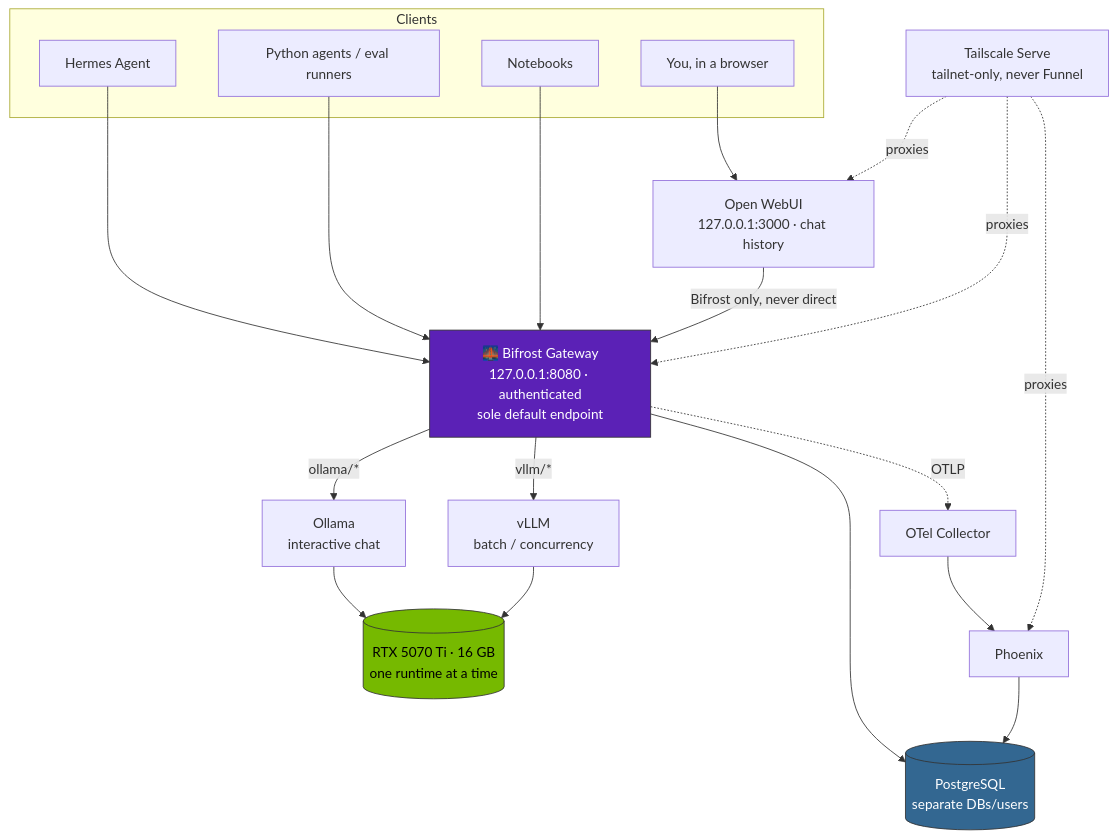
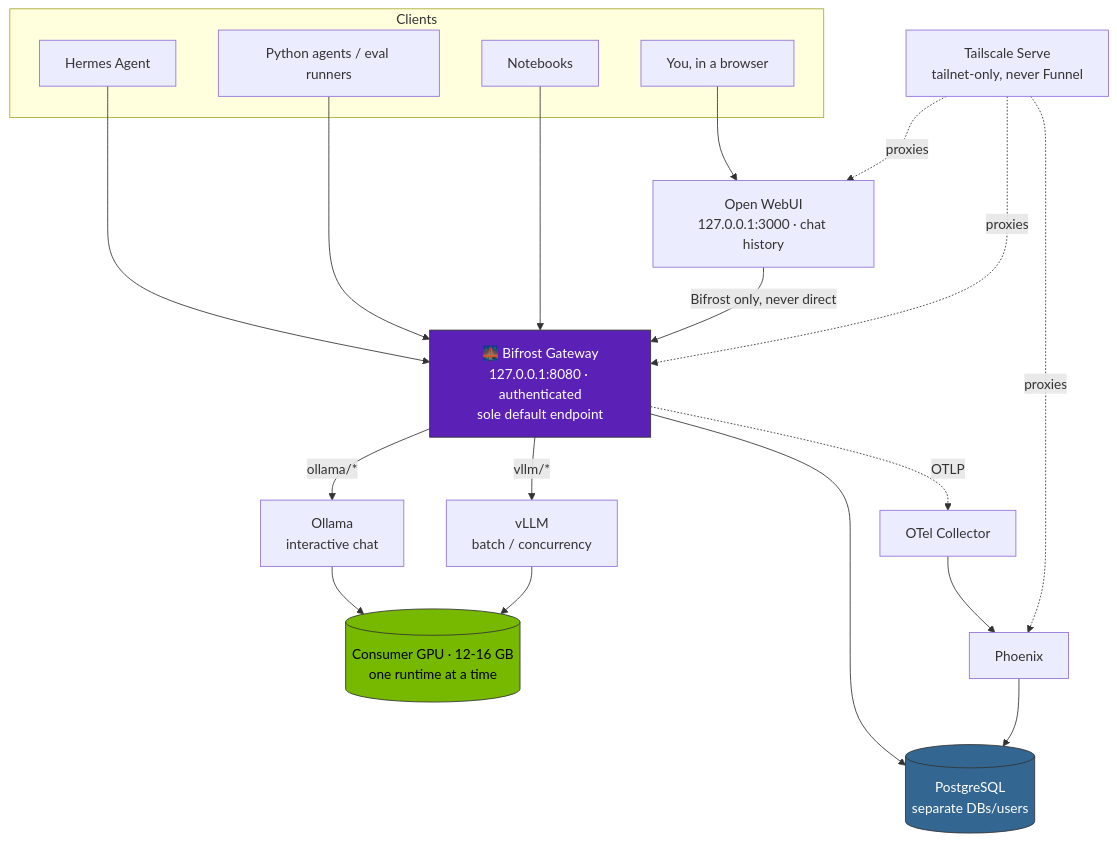
The diagram in README.md (shirkattack/ServeShed), drawn with Mermaid before and after one commit. The commit also changed other lines of this file, not shown here.

````diff
--- a/README.md
+++ b/README.md
@@ -79,38 +86,38 @@
 ```mermaid
 flowchart TB
     subgraph Clients["Clients"]
         HA["Hermes Agent"]
         PA["Python agents / eval runners"]
         NB["Notebooks"]
         YOU["You, in a browser"]
     end
 
     HA --> BF
     PA --> BF
     NB --> BF
     YOU --> OW["Open WebUI<br/>127.0.0.1:3000 · chat history"]
     OW -->|Bifrost only, never direct| BF
 
     BF["🌉 Bifrost Gateway<br/>127.0.0.1:8080 · authenticated<br/>sole default endpoint"]
 
     BF -->|ollama/*| OL["Ollama<br/>interactive chat"]
     BF -->|vllm/*| VL["vLLM<br/>batch / concurrency"]
-    OL --> GPU[("RTX 5070 Ti · 16 GB<br/>one runtime at a time")]
+    OL --> GPU[("Consumer GPU · 12-16 GB<br/>one runtime at a time")]
     VL --> GPU
 
     BF -. OTLP .-> OTC["OTel Collector"]
     OTC --> PHX["Phoenix"]
     BF --> PG[("PostgreSQL<br/>separate DBs/users")]
     PHX --> PG
 
     TS["Tailscale Serve<br/>tailnet-only, never Funnel"] -. proxies .-> BF
     TS -. proxies .-> PHX
     TS -. proxies .-> OW
 
     classDef gateway fill:#5b21b6,color:#fff,stroke:#333,stroke-width:1px;
     classDef gpu fill:#76b900,color:#000,stroke:#333,stroke-width:1px;
     classDef store fill:#336791,color:#fff,stroke:#333,stroke-width:1px;
     class BF gateway
     class GPU gpu
     class PG store
 ```
````
